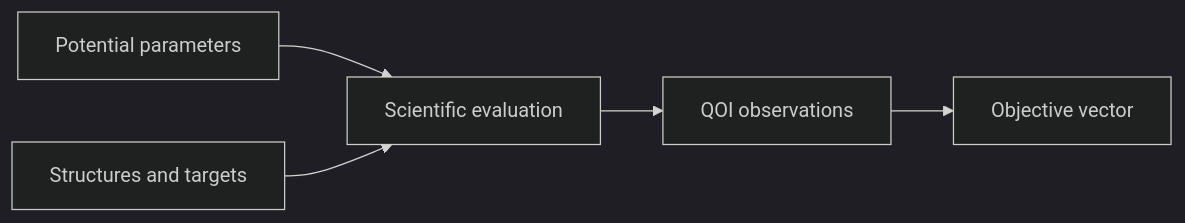
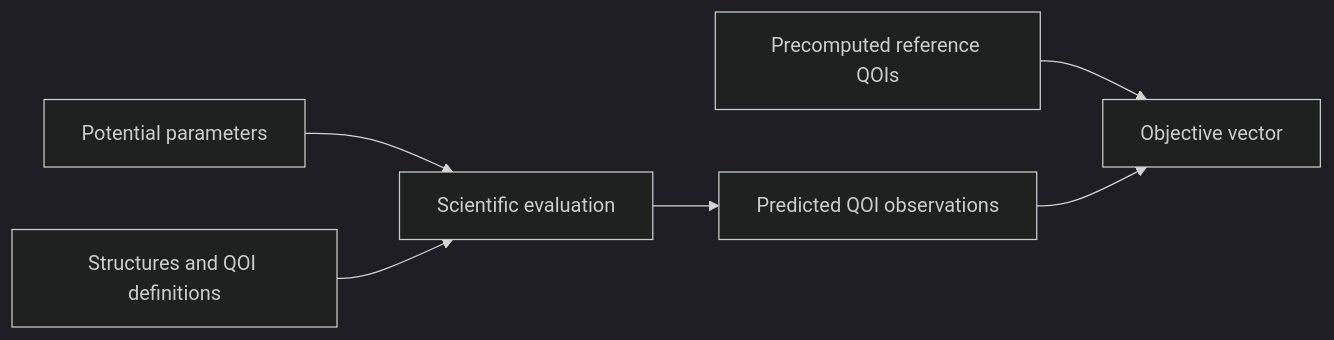
The diagram in docs/architecture/potential-optimization/index.md (eragasa/projectkoios-frankenstein), drawn with Mermaid (dark theme) before and after one commit. The commit also changed other lines of this file and 385 other files, not shown here.

````diff
--- a/docs/architecture/potential-optimization/index.md
+++ b/docs/architecture/potential-optimization/index.md
@@ -9,7 +12,8 @@
 ```mermaid
 flowchart LR
     P[Potential parameters] --> E[Scientific evaluation]
-    S[Structures and targets] --> E
-    E --> Q[QOI observations]
-    Q --> O[Objective vector]
+    S[Structures and QOI definitions] --> E
+    E --> Q[Predicted QOI observations]
+    R[Precomputed reference QOIs] --> O[Objective vector]
+    Q --> O
 ```
````
